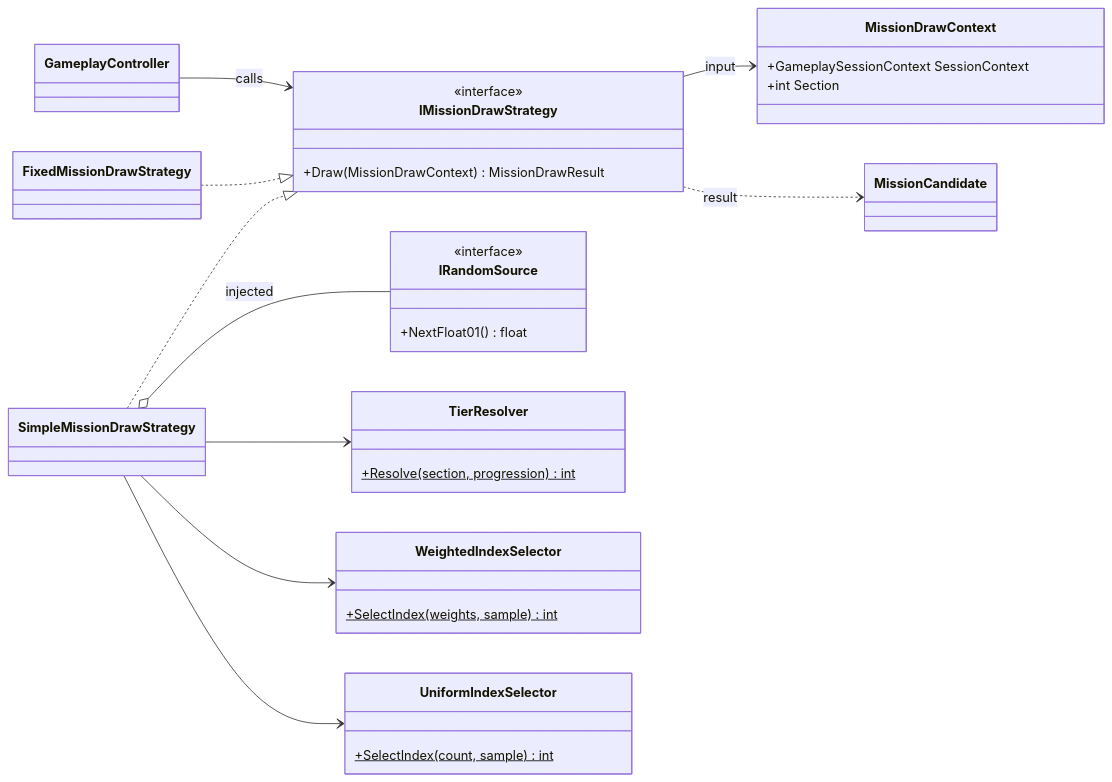
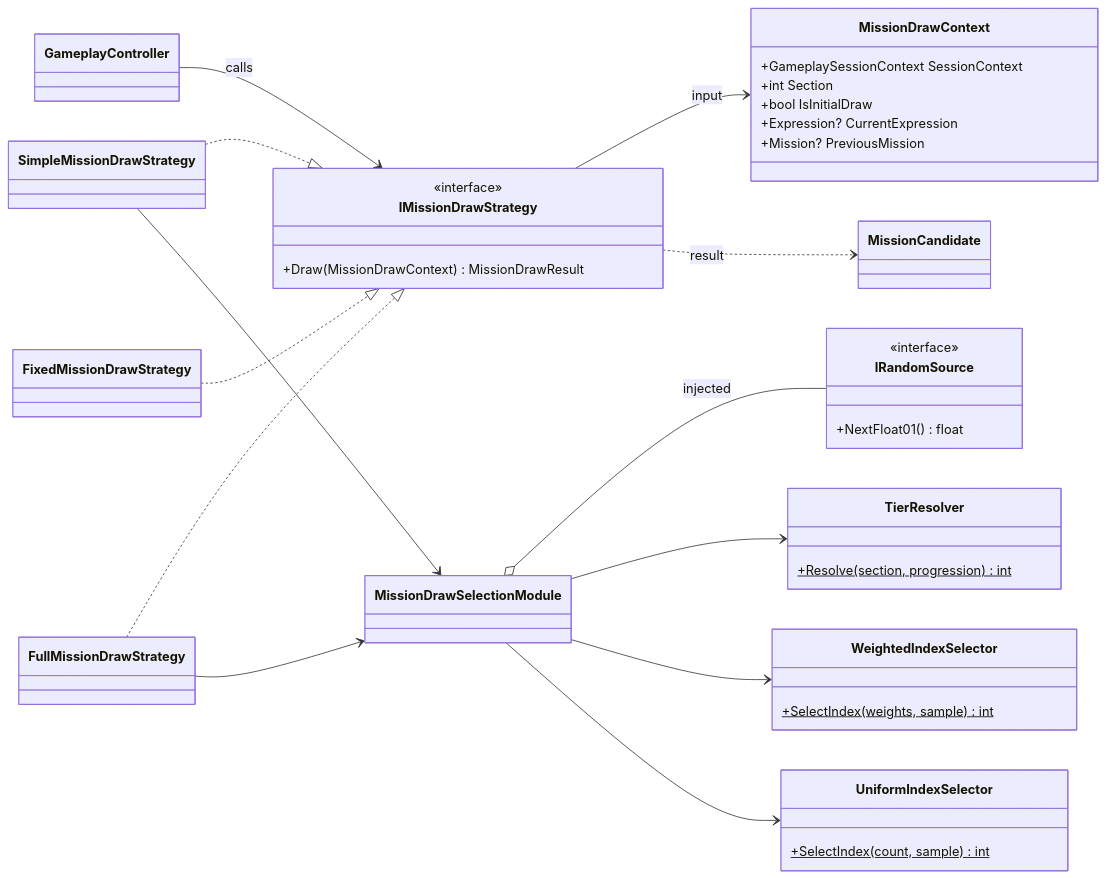
One commit to MicomProcedure/change-change-change changed the tenth of 13 diagrams in docs/architecture/core/core-logic-overview.md. Above: the diagram before and after it, drawn with Mermaid. The commit also changed 22 other files, not shown here.

````diff
--- a/docs/architecture/core/core-logic-overview.md
+++ b/docs/architecture/core/core-logic-overview.md
@@ -389,40 +389,48 @@
 ```mermaid
 classDiagram
 direction LR
 
 class GameplayController
 class IMissionDrawStrategy {
   <<interface>>
   +Draw(MissionDrawContext) MissionDrawResult
 }
 class SimpleMissionDrawStrategy
+class FullMissionDrawStrategy
 class FixedMissionDrawStrategy
+class MissionDrawSelectionModule
 class IRandomSource {
   <<interface>>
   +NextFloat01() float
 }
 class TierResolver {
   +Resolve(section, progression)$ int
 }
 class WeightedIndexSelector {
   +SelectIndex(weights, sample)$ int
 }
 class UniformIndexSelector {
   +SelectIndex(count, sample)$ int
 }
 class MissionDrawContext {
   +GameplaySessionContext SessionContext
   +int Section
+  +bool IsInitialDraw
+  +Expression? CurrentExpression
+  +Mission? PreviousMission
 }
 class MissionCandidate
 
 GameplayController --> IMissionDrawStrategy : calls
 SimpleMissionDrawStrategy ..|> IMissionDrawStrategy
+FullMissionDrawStrategy ..|> IMissionDrawStrategy
 FixedMissionDrawStrategy ..|> IMissionDrawStrategy
-SimpleMissionDrawStrategy o-- IRandomSource : injected
-SimpleMissionDrawStrategy --> TierResolver
-SimpleMissionDrawStrategy --> WeightedIndexSelector
-SimpleMissionDrawStrategy --> UniformIndexSelector
+SimpleMissionDrawStrategy --> MissionDrawSelectionModule
+FullMissionDrawStrategy --> MissionDrawSelectionModule
+MissionDrawSelectionModule o-- IRandomSource : injected
+MissionDrawSelectionModule --> TierResolver
+MissionDrawSelectionModule --> WeightedIndexSelector
+MissionDrawSelectionModule --> UniformIndexSelector
 IMissionDrawStrategy --> MissionDrawContext : input
 IMissionDrawStrategy ..> MissionCandidate : result
 ```
````
